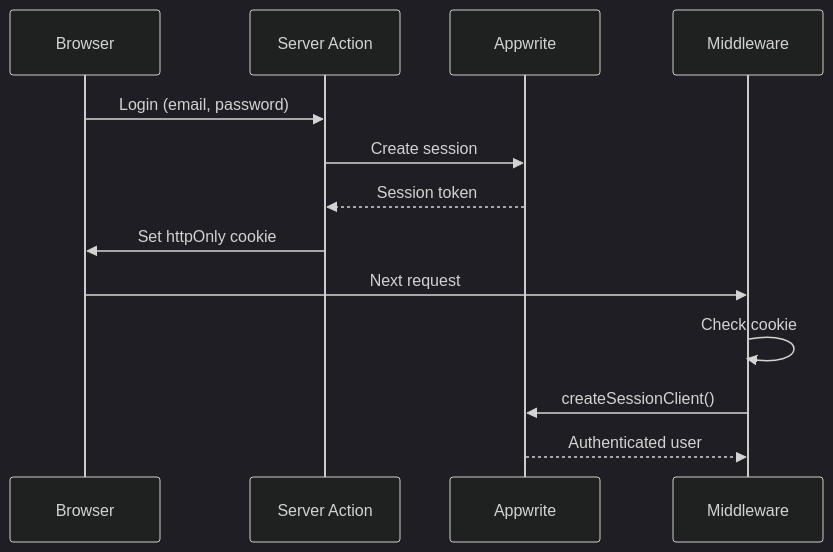
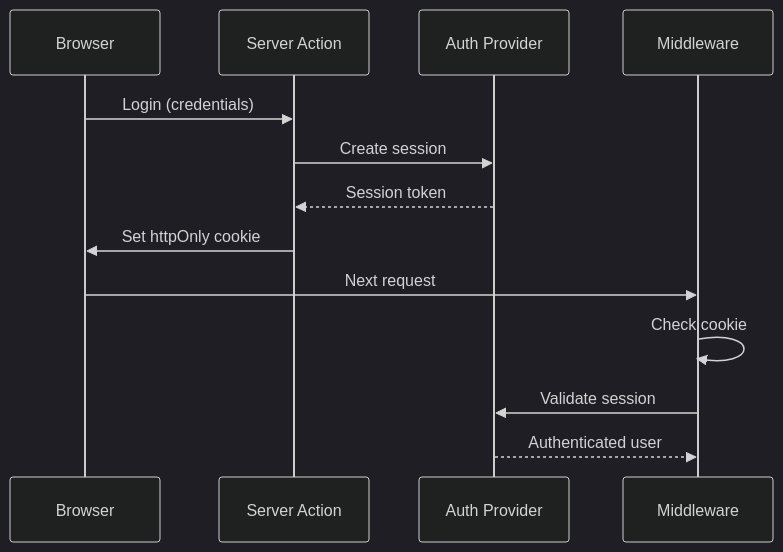
Before and after one commit to yashiel/claude-code-starter: the diagram in docs/diagrams/sequences.md, drawn with Mermaid (dark theme). The commit also changed other lines of this file and 19 other files, not shown here.

First line of the commit message:
Generalize starter kit — remove Appwrite/payment provider specifics

````diff
--- a/docs/diagrams/sequences.md
+++ b/docs/diagrams/sequences.md
@@ -7,16 +7,16 @@
 ```mermaid
 sequenceDiagram
     participant B as Browser
     participant SA as Server Action
-    participant AW as Appwrite
+    participant Auth as Auth Provider
     participant MW as Middleware
 
-    B->>SA: Login (email, password)
-    SA->>AW: Create session
-    AW-->>SA: Session token
+    B->>SA: Login (credentials)
+    SA->>Auth: Create session
+    Auth-->>SA: Session token
     SA->>B: Set httpOnly cookie
     B->>MW: Next request
     MW->>MW: Check cookie
-    MW->>AW: createSessionClient()
-    AW-->>MW: Authenticated user
+    MW->>Auth: Validate session
+    Auth-->>MW: Authenticated user
 ```
````
